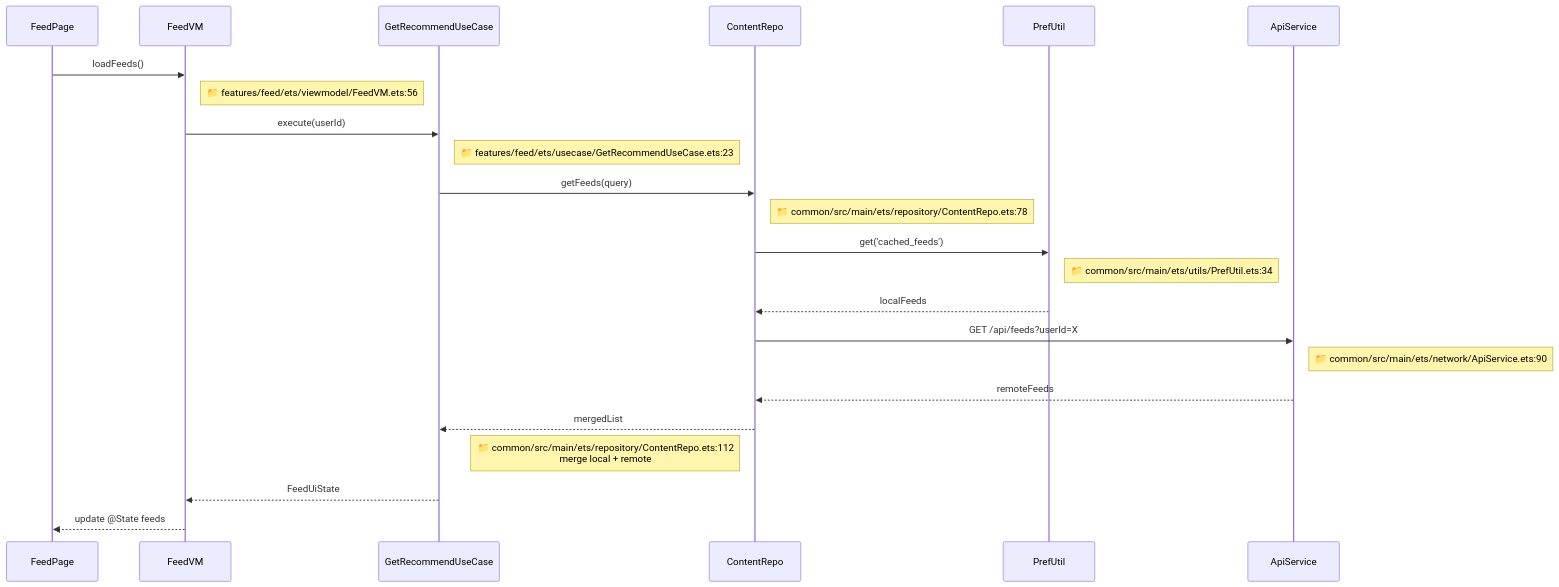
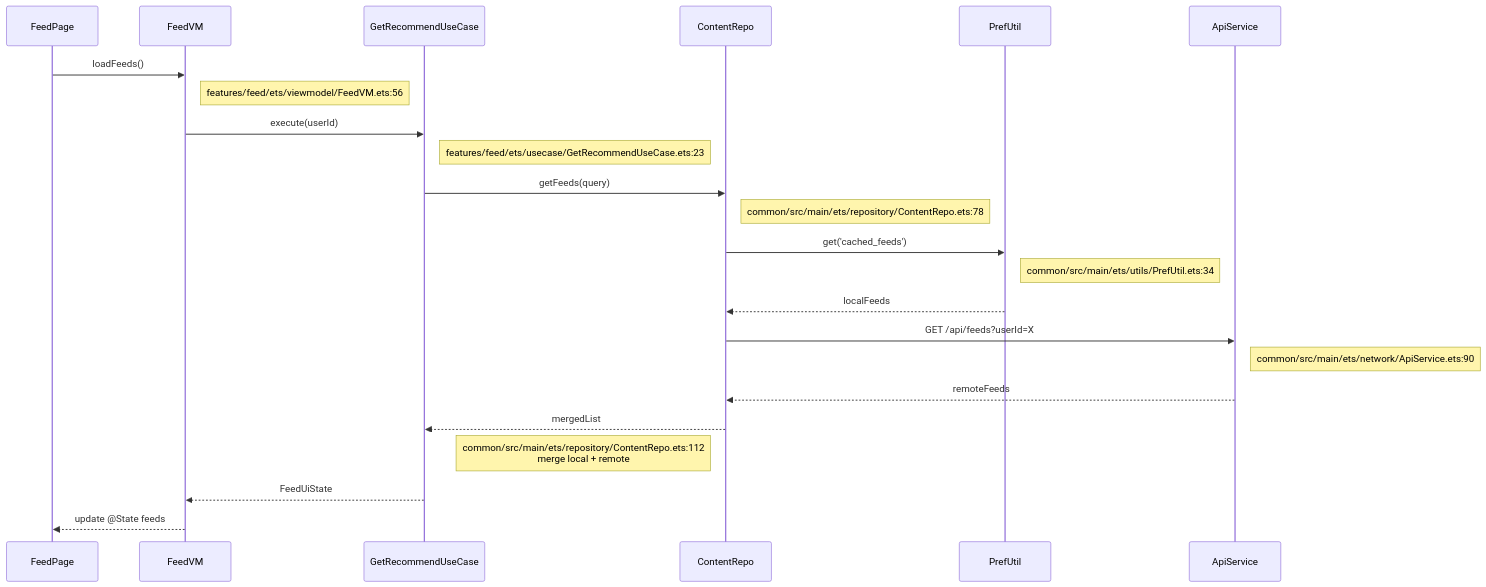
The second of 5 diagrams in references/harmonyos-template.md (CaostGrace/project-arch-reverse), drawn with Mermaid before and after one commit. The commit also changed other lines of this file and 10 other files, not shown here.

Commit message:
fix: 修复 12.1 流程图 Mermaid 渲染问题 - 结构重组+节点引号+形状修复

````diff
--- a/references/harmonyos-template.md
+++ b/references/harmonyos-template.md
@@ -383,26 +398,26 @@
 ```mermaid
 sequenceDiagram
     participant UI as FeedPage
     participant VM as FeedVM
     participant UC as GetRecommendUseCase
     participant Repo as ContentRepo
     participant Local as PrefUtil
     participant Remote as ApiService
 
     UI->>VM: loadFeeds()
-    Note right of VM: 📁 features/feed/ets/viewmodel/FeedVM.ets:56
+    Note right of VM:  features/feed/ets/viewmodel/FeedVM.ets:56
     VM->>UC: execute(userId)
-    Note right of UC: 📁 features/feed/ets/usecase/GetRecommendUseCase.ets:23
+    Note right of UC:  features/feed/ets/usecase/GetRecommendUseCase.ets:23
     UC->>Repo: getFeeds(query)
-    Note right of Repo: 📁 common/src/main/ets/repository/ContentRepo.ets:78
+    Note right of Repo:  common/src/main/ets/repository/ContentRepo.ets:78
     Repo->>Local: get('cached_feeds')
-    Note right of Local: 📁 common/src/main/ets/utils/PrefUtil.ets:34
+    Note right of Local:  common/src/main/ets/utils/PrefUtil.ets:34
     Local-->>Repo: localFeeds
     Repo->>Remote: GET /api/feeds?userId=X
-    Note right of Remote: 📁 common/src/main/ets/network/ApiService.ets:90
+    Note right of Remote:  common/src/main/ets/network/ApiService.ets:90
     Remote-->>Repo: remoteFeeds
     Repo-->>UC: mergedList
-    Note left of Repo: 📁 common/src/main/ets/repository/ContentRepo.ets:112<br/>merge local + remote
+    Note left of Repo:  common/src/main/ets/repository/ContentRepo.ets:112<br>merge local + remote
     UC-->>VM: FeedUiState
     VM-->>UI: update @State feeds
 ```
````
